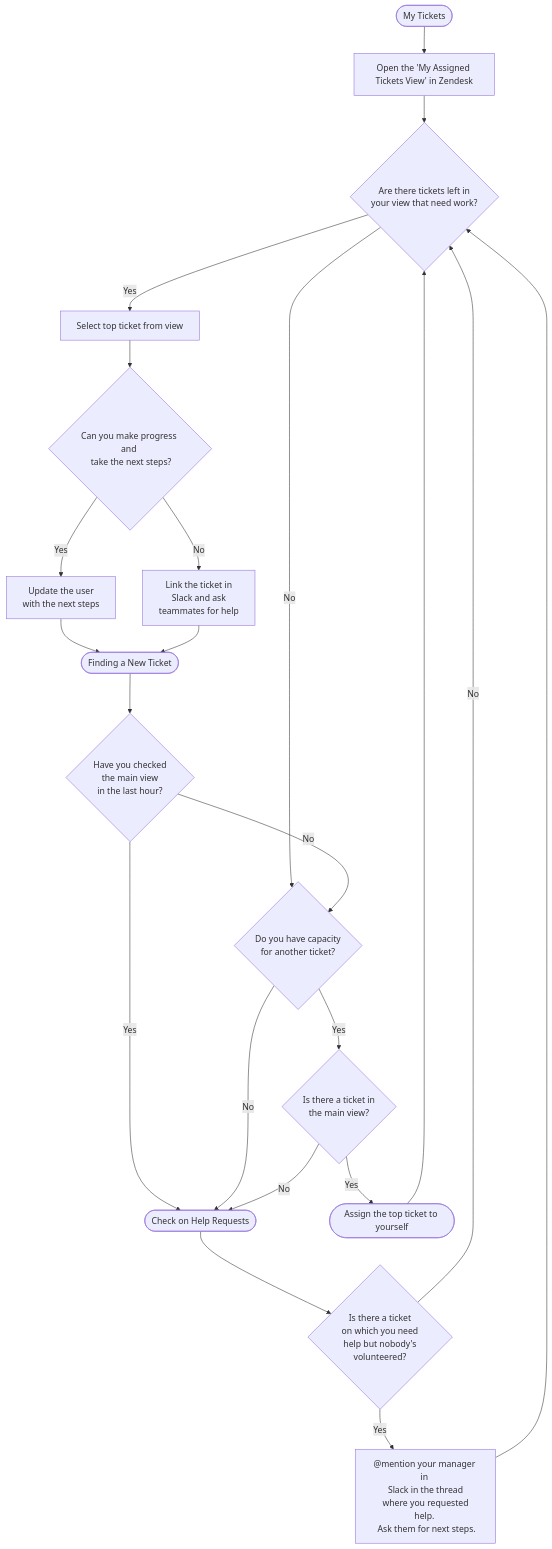
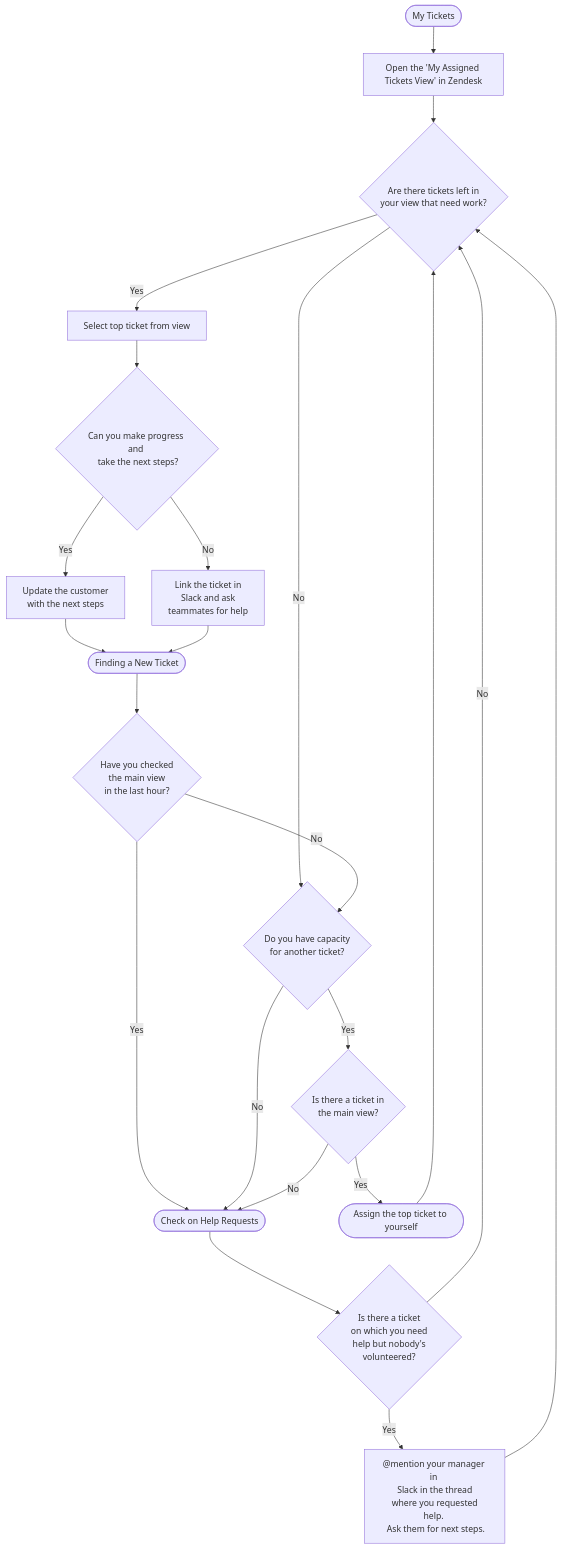
One commit to secretstartups/handbook changed the diagram in support/workflows/working-on-tickets.html.md. Above: the diagram before and after it, drawn with Mermaid. The commit also changed other lines of this file, not shown here.

````diff
--- a/support/workflows/working-on-tickets.html.md
+++ b/support/workflows/working-on-tickets.html.md
@@ -152,26 +154,26 @@
 ```mermaid
 graph TD
 A([My Tickets]) --> B
 B[Open the 'My Assigned Tickets View' in Zendesk] --> B1
 B1{Are there tickets left in <BR> your view that need work?} -->|Yes| C
 B1 -->|No| NT2
 C[Select top ticket from view] --> D
 D{Can you make progress and <BR> take the next steps?}
-D -->|Yes| E[Update the user<BR>with the next steps]
+D -->|Yes| E[Update the customer<BR>with the next steps]
 D -->|No| F[Link the ticket in<BR>Slack and ask <BR> teammates for help]
 E & F --> NT0
 
 NT0([Finding a New Ticket]) --> NT1
 NT1{Have you checked <BR> the main view <BR> in the last hour?} -->|Yes| AH0
 NT1 -->|No| NT2
 NT2{Do you have capacity <BR> for another ticket?} -->|No| AH0
 NT2 -->|Yes| NT3
 NT3{Is there a ticket in <BR> the main view?} -->|No| AH0
 NT3 -->|Yes| NT4
 NT4([Assign the top ticket to yourself]) --> B1
 
 AH0([Check on Help Requests]) --> AH1
 AH1{Is there a ticket <BR> on which you need <BR> help but nobody's <BR> volunteered?} -->|Yes| AH2
 AH1 -->|No| B1
 AH2["@"mention your manager in <BR> Slack in the thread <BR> where you requested help. <BR> Ask them for next steps.] --> B1
 ```
````
